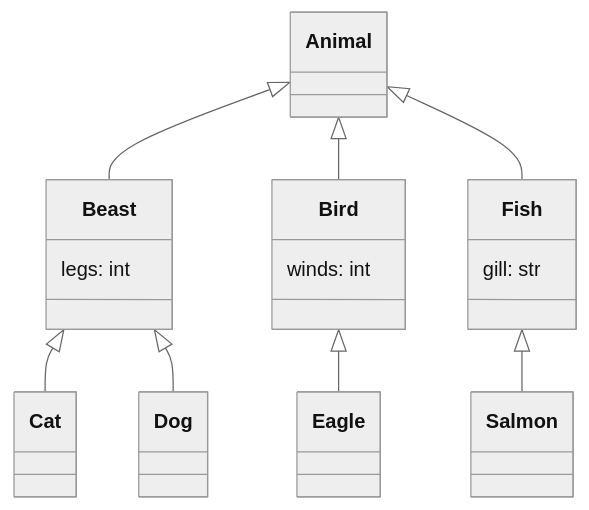
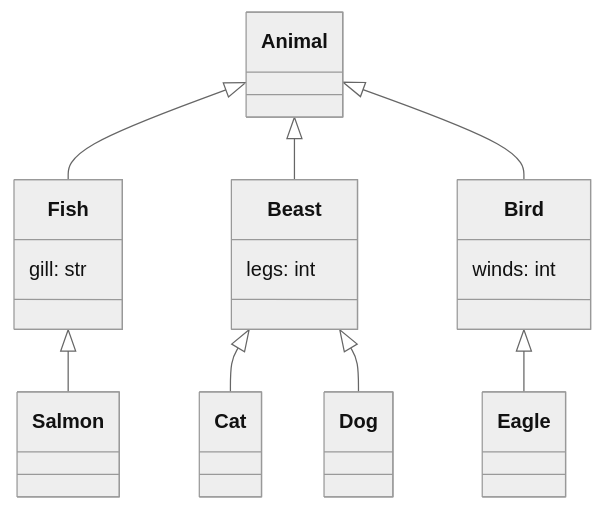
One commit to EricWebsmith/pydantic-2-mermaid changed the diagram in examples/animals.md. Above: the diagram before and after it, drawn with Mermaid (neutral theme). The commit also changed other lines of this file and 22 other files, not shown here.

Commit message:
rename src to pydantic_mermaid

````diff
--- a/examples/animals.md
+++ b/examples/animals.md
@@ -1,38 +1,38 @@
 ```mermaid
 classDiagram
     class Animal {
     }
 
     class Fish {
         gill: str
     }
 
     class Beast {
         legs: int
     }
 
     class Bird {
         winds: int
     }
 
     class Dog {
     }
 
     class Cat {
     }
 
     class Salmon {
     }
 
     class Eagle {
     }
 
 
+    Animal <|-- Fish
     Animal <|-- Beast
     Animal <|-- Bird
-    Animal <|-- Fish
     Beast <|-- Cat
     Beast <|-- Dog
     Fish <|-- Salmon
     Bird <|-- Eagle
 ```
````
